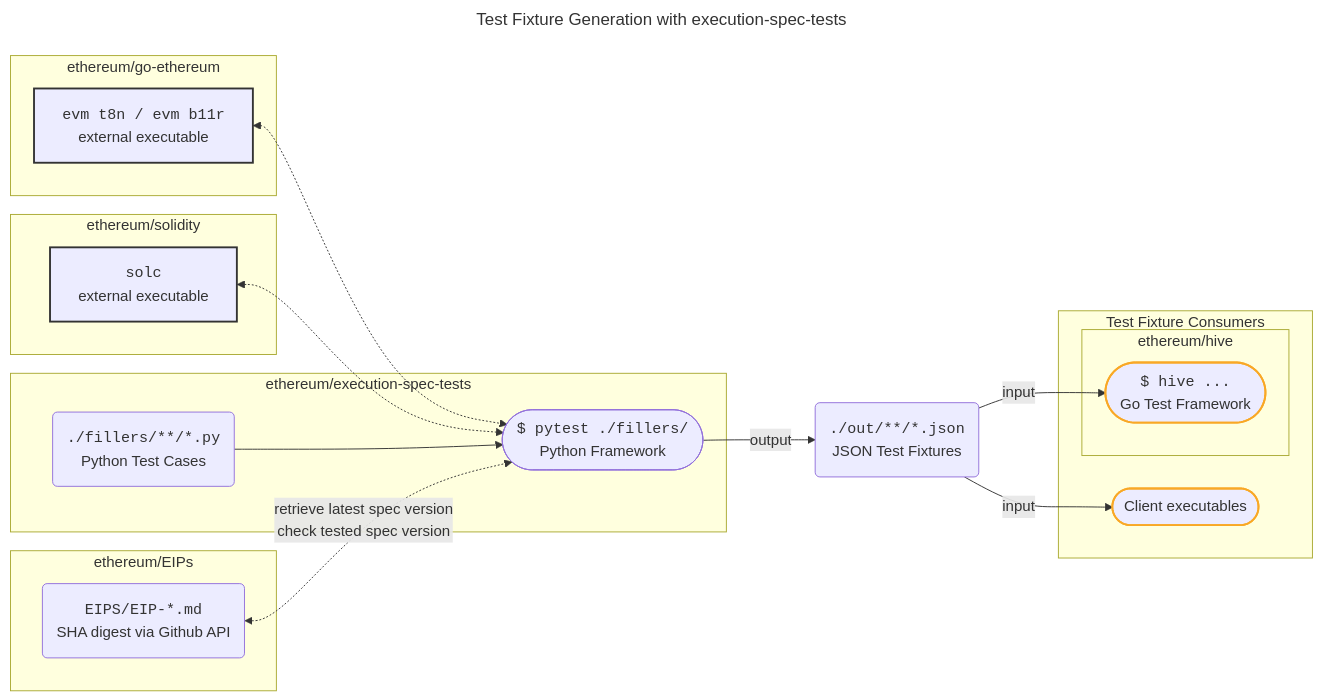
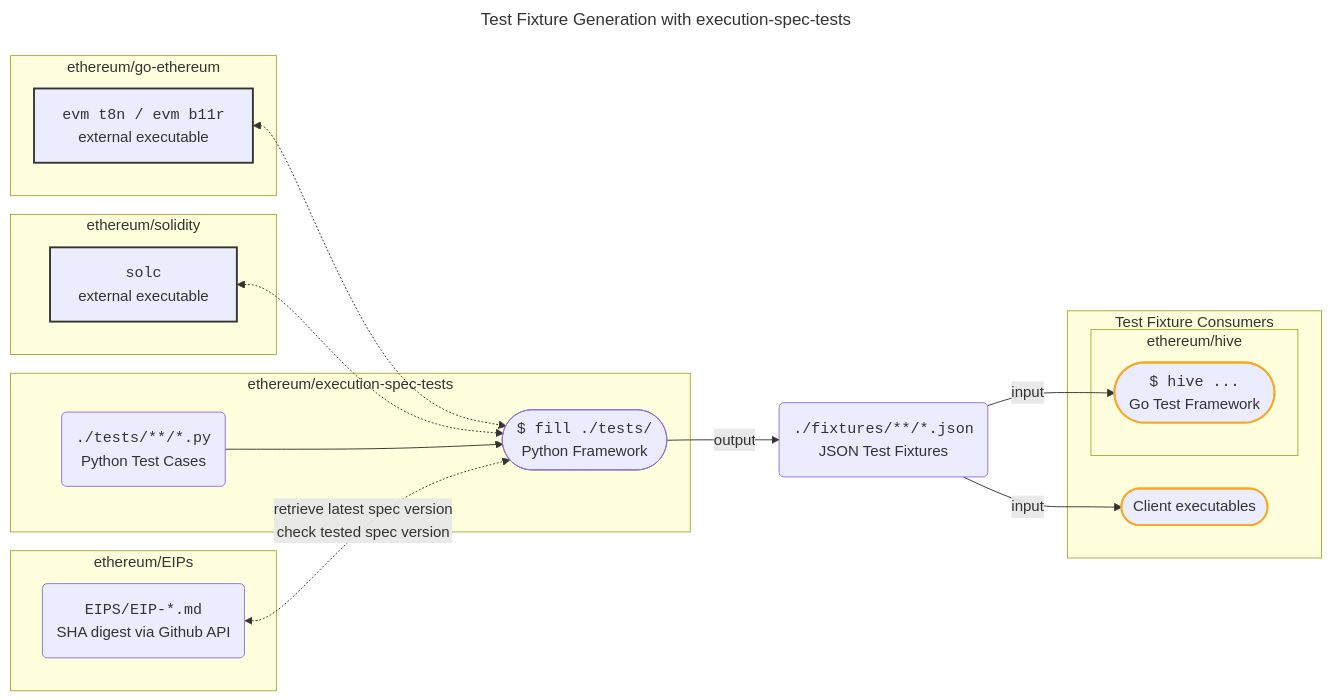
One commit to richardgreg/execution-specs changed the diagram in index.md. Above: the diagram before and after it, drawn with Mermaid. The commit also changed other lines of this file, not shown here.

Commit message:
docs: fix fixture output path in mermaid chart
Also, talk less about filling in the first paragraph.

````diff
--- a/index.md
+++ b/index.md
@@ -12,42 +12,42 @@
 ```mermaid
 ---
 title: Test Fixture Generation with execution-spec-tests
 ---
 flowchart LR
   style C stroke:#333,stroke-width:2px
   style D stroke:#333,stroke-width:2px
   style G stroke:#F9A825,stroke-width:2px
   style H stroke:#F9A825,stroke-width:2px
   
   subgraph ethereum/go-ethereum
     C[<code>evm t8n / evm b11r</code>\nexternal executable]
   end
 
   subgraph ethereum/solidity
     D[<code>solc</code>\nexternal executable]
   end
 
   subgraph ethereum/EIPs
     E(<code>EIPS/EIP-*.md</code>\nSHA digest via Github API)
   end
 
   subgraph "ethereum/execution-spec-tests"
-    A(<code>./fillers/**/*.py</code>\nPython Test Cases)
-    B([<code>$ pytest ./fillers/</code>\nPython Framework])
+    A(<code>./tests/**/*.py</code>\nPython Test Cases)
+    B([<code>$ fill ./tests/</code>\nPython Framework])
   end
 
   subgraph Test Fixture Consumers
     subgraph ethereum/hive
       G([<code>$ hive ...</code>\nGo Test Framework])
     end
     H([Client executables])
   end
 
   C <-.-> B  
   D <-.-> B
   A --> B
   E <-.-> |retrieve latest spec version\ncheck tested spec version| B
-  B -->|output| F(<code>./out/**/*.json</code>\nJSON Test Fixtures)
+  B -->|output| F(<code>./fixtures/**/*.json</code>\nJSON Test Fixtures)
   F -->|input| G
   F -->|input| H
 ```
````
